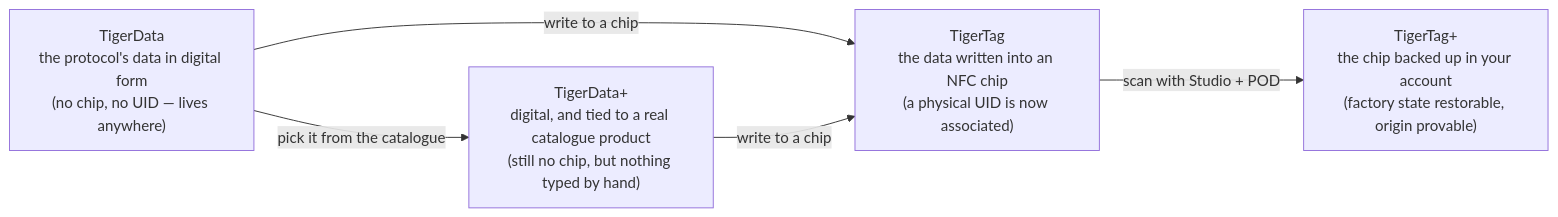
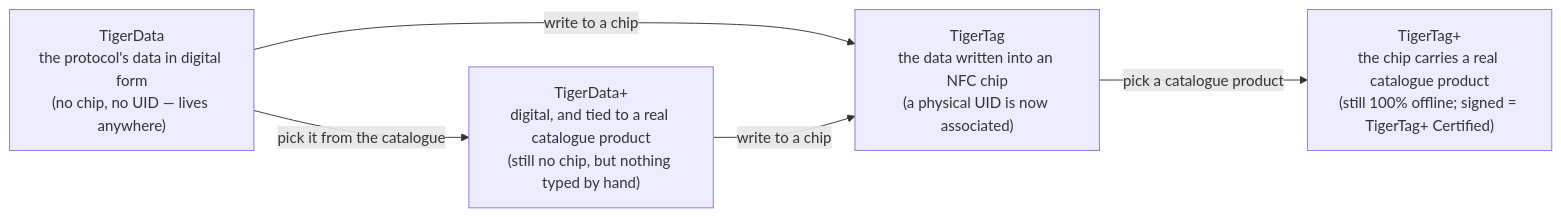
The diagram in docs/concepts/universal-filament-identity.md (TigerTag-Project/TigerSystem-Docs), drawn with Mermaid before and after one commit. The commit also changed other lines of this file and 7 other files, not shown here.

````diff
--- a/docs/concepts/universal-filament-identity.md
+++ b/docs/concepts/universal-filament-identity.md
@@ -36,10 +36,10 @@
 ```mermaid
 flowchart LR
   TD["TigerData<br/>the protocol's data in digital form<br/>(no chip, no UID — lives anywhere)"]
   TDP["TigerData+<br/>digital, and tied to a real catalogue product<br/>(still no chip, but nothing typed by hand)"]
   TT["TigerTag<br/>the data written into an NFC chip<br/>(a physical UID is now associated)"]
-  TTP["TigerTag+<br/>the chip backed up in your account<br/>(factory state restorable, origin provable)"]
+  TTP["TigerTag+<br/>the chip carries a real catalogue product<br/>(still 100% offline; signed = TigerTag+ Certified)"]
   TD -- "pick it from the catalogue" --> TDP
-  TD -- "write to a chip" --> TT -- "scan with Studio + POD" --> TTP
+  TD -- "write to a chip" --> TT -- "pick a catalogue product" --> TTP
   TDP -- "write to a chip" --> TT
 ```
````
